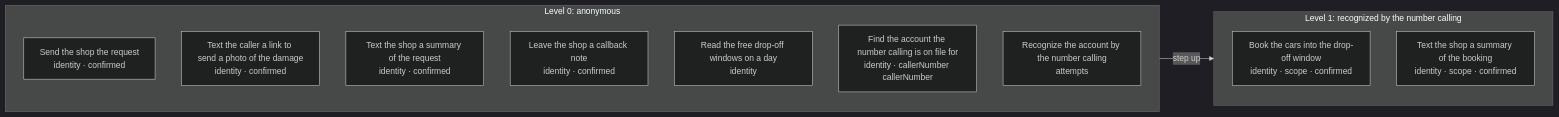
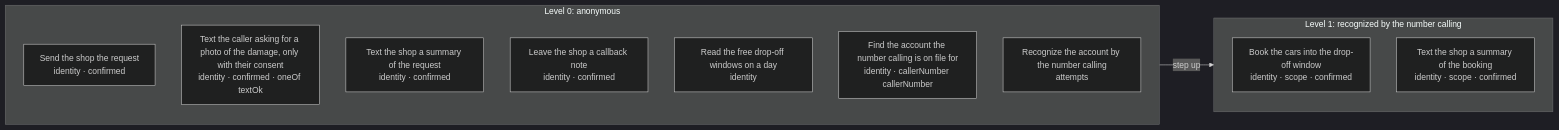
The second of 2 diagrams in apps/wheelshop/POLICY.md (DialogWright/dialogwright), drawn with Mermaid (dark theme) before and after one commit. The commit also changed other lines of this file and 19 other files, not shown here.

````diff
--- a/apps/wheelshop/POLICY.md
+++ b/apps/wheelshop/POLICY.md
@@ -146,17 +157,17 @@
 ```mermaid
 flowchart LR
   subgraph lv0["Level 0: anonymous"]
     a_request["Send the shop the request<br/>identity · confirmed"]
-    a_send_photo_link["Text the caller a link to send a photo of the damage<br/>identity · confirmed"]
+    a_send_photo_link["Text the caller asking for a photo of the damage, only with their consent<br/>identity · confirmed · oneOf textOk"]
     a_notify_owner_request["Text the shop a summary of the request<br/>identity · confirmed"]
     a_callback["Leave the shop a callback note<br/>identity · confirmed"]
     a_availability["Read the free drop-off windows on a day<br/>identity"]
     a_lookupAccount["Find the account the number calling is on file for<br/>identity · callerNumber callerNumber"]
     a_recognizeAccount["Recognize the account by the number calling<br/>attempts"]
   end
   subgraph lv1["Level 1: recognized by the number calling"]
     a_book["Book the cars into the drop-off window<br/>identity · scope · confirmed"]
     a_notify_owner_booking["Text the shop a summary of the booking<br/>identity · scope · confirmed"]
   end
   lv0 -->|"step up"| lv1
 ```
````
